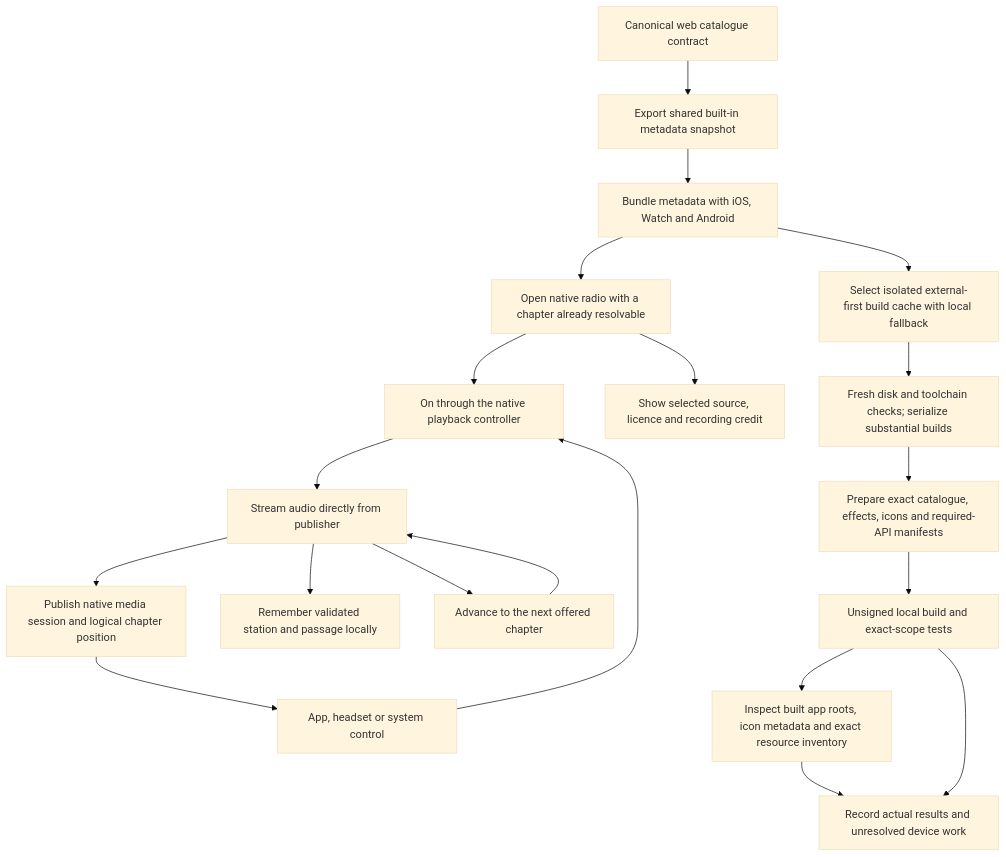
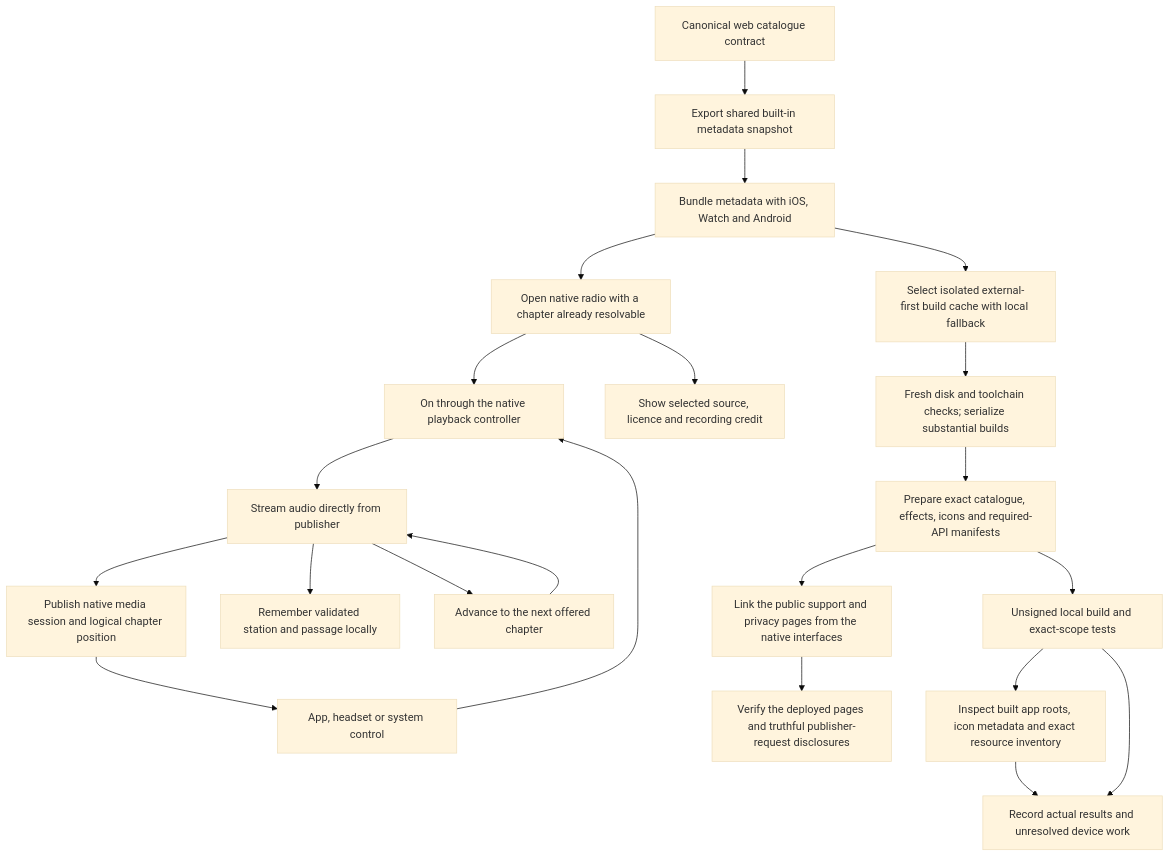
Before and after one commit to loveJesus/audiobiblerad.io-chirho: the first of 2 diagrams in spec-chirho/workflows-chirho/experience-chirho/native_players_workflow_chirho.md, drawn with Mermaid (base theme). The commit also changed other lines of this file and 13 other files, not shown here.

Commit message:
Add help and privacy pages for native store preparation

````diff
--- a/spec-chirho/workflows-chirho/experience-chirho/native_players_workflow_chirho.md
+++ b/spec-chirho/workflows-chirho/experience-chirho/native_players_workflow_chirho.md
@@ -7,22 +7,24 @@
 ```mermaid
 flowchart TD
     catalogue_chirho[Canonical web catalogue contract] --> export_chirho[Export shared built-in metadata snapshot]
     export_chirho --> bundle_chirho[Bundle metadata with iOS, Watch and Android]
     bundle_chirho --> open_chirho[Open native radio with a chapter already resolvable]
     open_chirho --> on_chirho[On through the native playback controller]
     on_chirho --> source_chirho[Stream audio directly from publisher]
     source_chirho --> platform_chirho[Publish native media session and logical chapter position]
     platform_chirho --> command_chirho[App, headset or system control]
     command_chirho --> on_chirho
     source_chirho --> save_chirho[Remember validated station and passage locally]
     source_chirho --> next_chirho[Advance to the next offered chapter]
     next_chirho --> source_chirho
     open_chirho --> notices_chirho[Show selected source, licence and recording credit]
     bundle_chirho --> build_chirho[Select isolated external-first build cache with local fallback]
     build_chirho --> admission_chirho[Fresh disk and toolchain checks; serialize substantial builds]
     admission_chirho --> resources_chirho[Prepare exact catalogue, effects, icons and required-API manifests]
     resources_chirho --> local_chirho[Unsigned local build and exact-scope tests]
+    resources_chirho --> policy_chirho[Link the public support and privacy pages from the native interfaces]
+    policy_chirho --> live_policy_chirho[Verify the deployed pages and truthful publisher-request disclosures]
     local_chirho --> inspect_chirho[Inspect built app roots, icon metadata and exact resource inventory]
     inspect_chirho --> record_chirho
     local_chirho --> record_chirho[Record actual results and unresolved device work]
 ```
````
